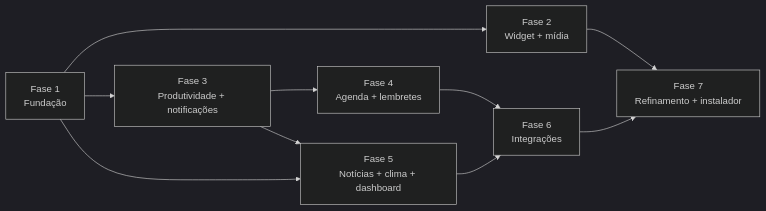
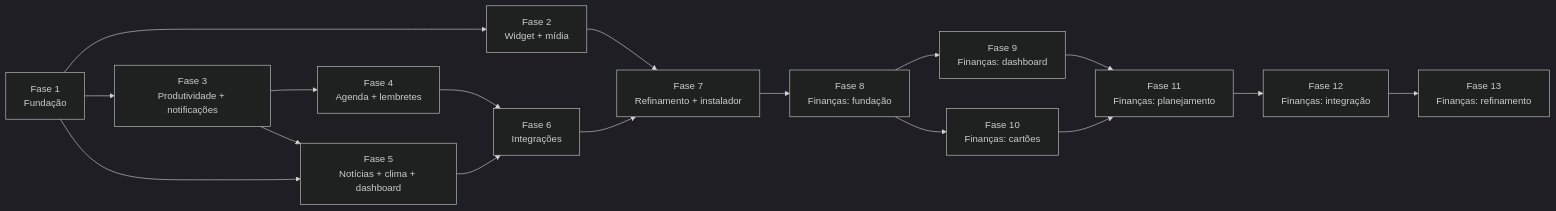
Before and after one commit to filipimantelato/diaryGhost: the diagram in ROADMAP.md, drawn with Mermaid (dark theme). The commit also changed other lines of this file and 29 other files, not shown here.

First line of the commit message:
Fase 8: fundação financeira (contas, categorias, lançamentos e saldos)

````diff
--- a/ROADMAP.md
+++ b/ROADMAP.md
@@ -7,12 +7,19 @@
 ```mermaid
 flowchart LR
   F1[Fase 1<br/>Fundação] --> F2[Fase 2<br/>Widget + mídia]
   F1 --> F3[Fase 3<br/>Produtividade + notificações]
   F3 --> F4[Fase 4<br/>Agenda + lembretes]
   F1 --> F5[Fase 5<br/>Notícias + clima + dashboard]
   F3 --> F5
   F4 --> F6[Fase 6<br/>Integrações]
   F5 --> F6
   F2 --> F7[Fase 7<br/>Refinamento + instalador]
   F6 --> F7
+  F7 --> F8[Fase 8<br/>Finanças: fundação]
+  F8 --> F9[Fase 9<br/>Finanças: dashboard]
+  F8 --> F10[Fase 10<br/>Finanças: cartões]
+  F9 --> F11[Fase 11<br/>Finanças: planejamento]
+  F10 --> F11
+  F11 --> F12[Fase 12<br/>Finanças: integração]
+  F12 --> F13[Fase 13<br/>Finanças: refinamento]
 ```
````
